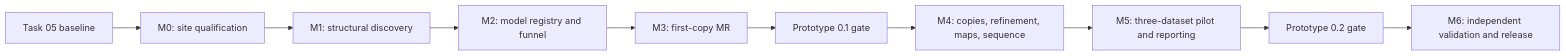
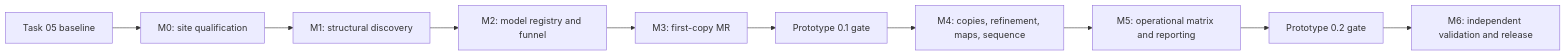
The diagram in docs/single-component-prototype-roadmap.md (asuq/nf-genome_to_diffraction), drawn with Mermaid before and after one commit. The commit also changed other lines of this file and 15 other files, not shown here.

````diff
--- a/docs/single-component-prototype-roadmap.md
+++ b/docs/single-component-prototype-roadmap.md
@@ -94,12 +94,12 @@
 ```mermaid
 flowchart LR
     B["Task 05 baseline"] --> M0["M0: site qualification"]
     M0 --> M1["M1: structural discovery"]
     M1 --> M2["M2: model registry and funnel"]
     M2 --> M3["M3: first-copy MR"]
     M3 --> G01["Prototype 0.1 gate"]
     G01 --> M4["M4: copies, refinement, maps, sequence"]
-    M4 --> M5["M5: three-dataset pilot and reporting"]
+    M4 --> M5["M5: operational matrix and reporting"]
     M5 --> G02["Prototype 0.2 gate"]
     G02 --> M6["M6: independent validation and release"]
 ```
````
